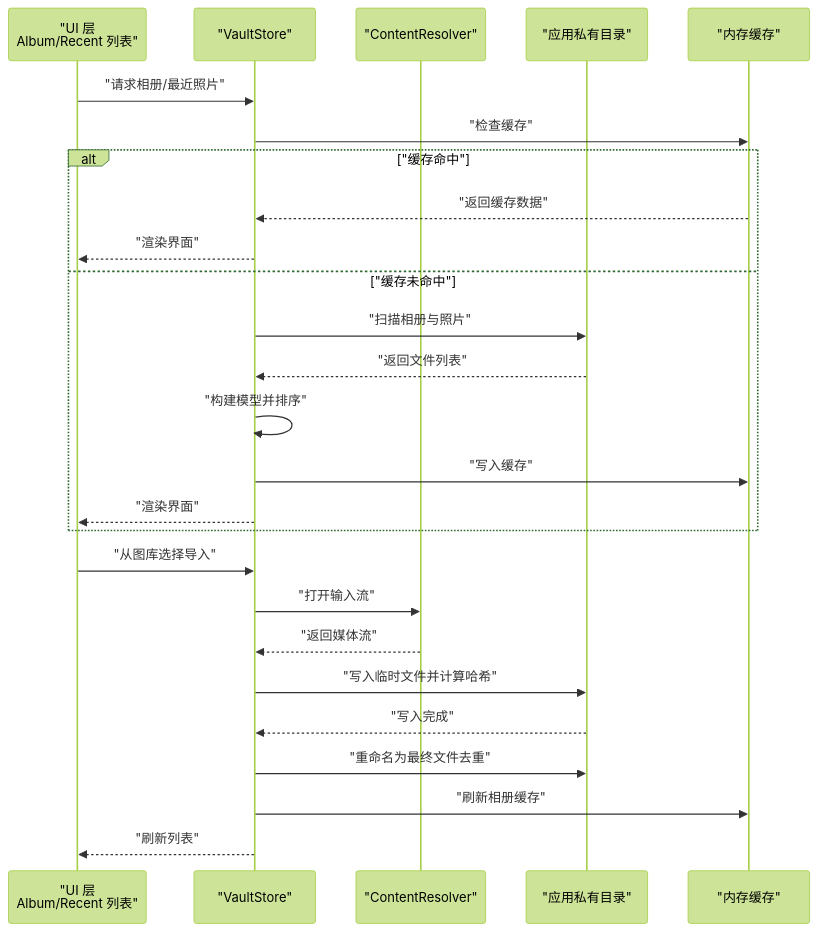
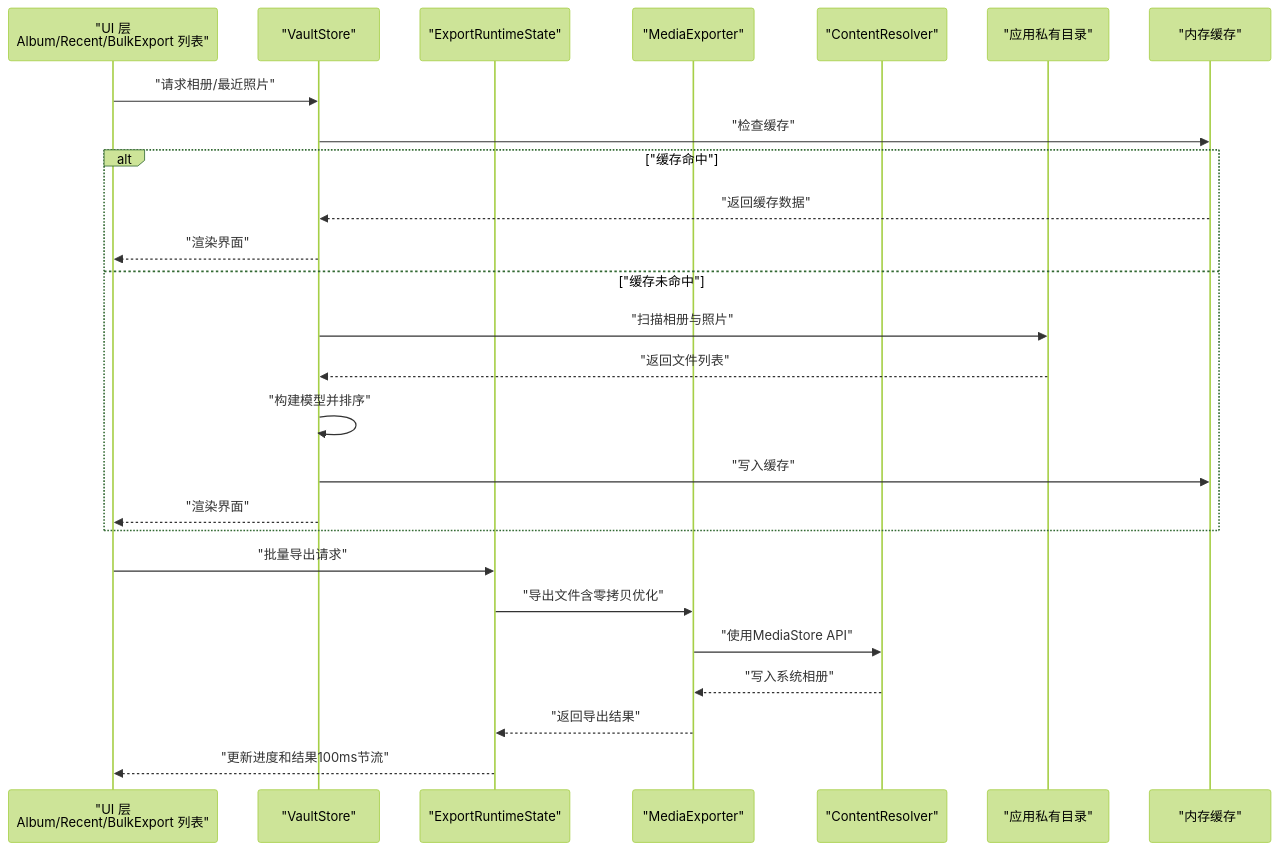
The second of 10 diagrams in .qoder/repowiki/zh/content/系统集成/媒体存储系统集成.md (wanhongbo/ai-photo-vault), drawn with Mermaid (forest theme) before and after one commit. The commit also changed other lines of this file and 22 other files, not shown here.

````diff
--- a/.qoder/repowiki/zh/content/系统集成/媒体存储系统集成.md
+++ b/.qoder/repowiki/zh/content/系统集成/媒体存储系统集成.md
@@ -104,28 +148,28 @@
 ```mermaid
 sequenceDiagram
-participant UI as "UI 层<br/>Album/Recent 列表"
+participant UI as "UI 层<br/>Album/Recent/BulkExport 列表"
 participant VS as "VaultStore"
+participant ERS as "ExportRuntimeState"
+participant ME as "MediaExporter"
 participant CR as "ContentResolver"
 participant FS as "应用私有目录"
 participant Cache as "内存缓存"
 UI->>VS : "请求相册/最近照片"
 VS->>Cache : "检查缓存"
 alt "缓存命中"
 Cache-->>VS : "返回缓存数据"
 VS-->>UI : "渲染界面"
 else "缓存未命中"
 VS->>FS : "扫描相册与照片"
 FS-->>VS : "返回文件列表"
 VS->>VS : "构建模型并排序"
 VS->>Cache : "写入缓存"
 VS-->>UI : "渲染界面"
 end
-UI->>VS : "从图库选择导入"
-VS->>CR : "打开输入流"
-CR-->>VS : "返回媒体流"
-VS->>FS : "写入临时文件并计算哈希"
-FS-->>VS : "写入完成"
-VS->>FS : "重命名为最终文件去重"
-VS->>Cache : "刷新相册缓存"
-VS-->>UI : "刷新列表"
+UI->>ERS : "批量导出请求"
+ERS->>ME : "导出文件含零拷贝优化"
+ME->>CR : "使用MediaStore API"
+CR-->>ME : "写入系统相册"
+ME-->>ERS : "返回导出结果"
+ERS-->>UI : "更新进度和结果100ms节流"
 ```
````
